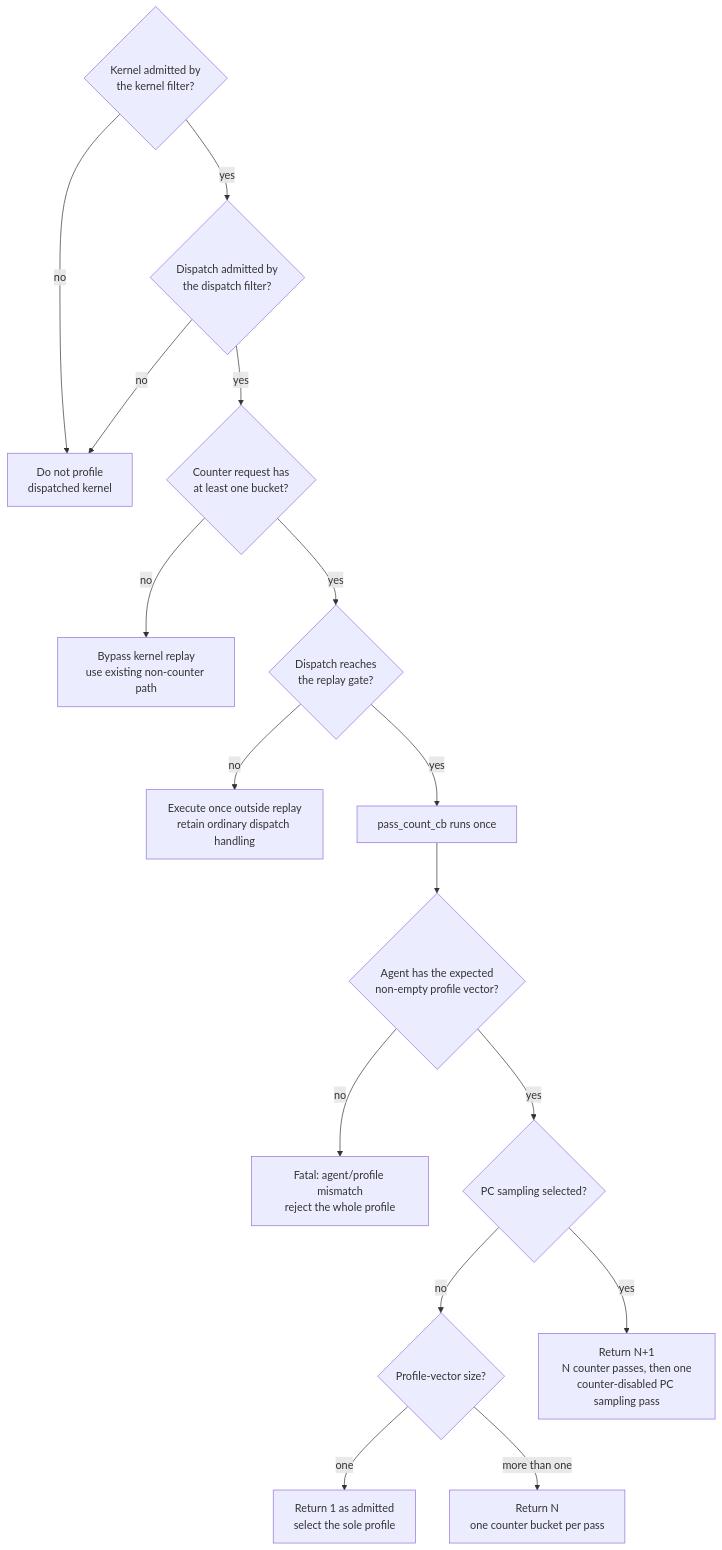
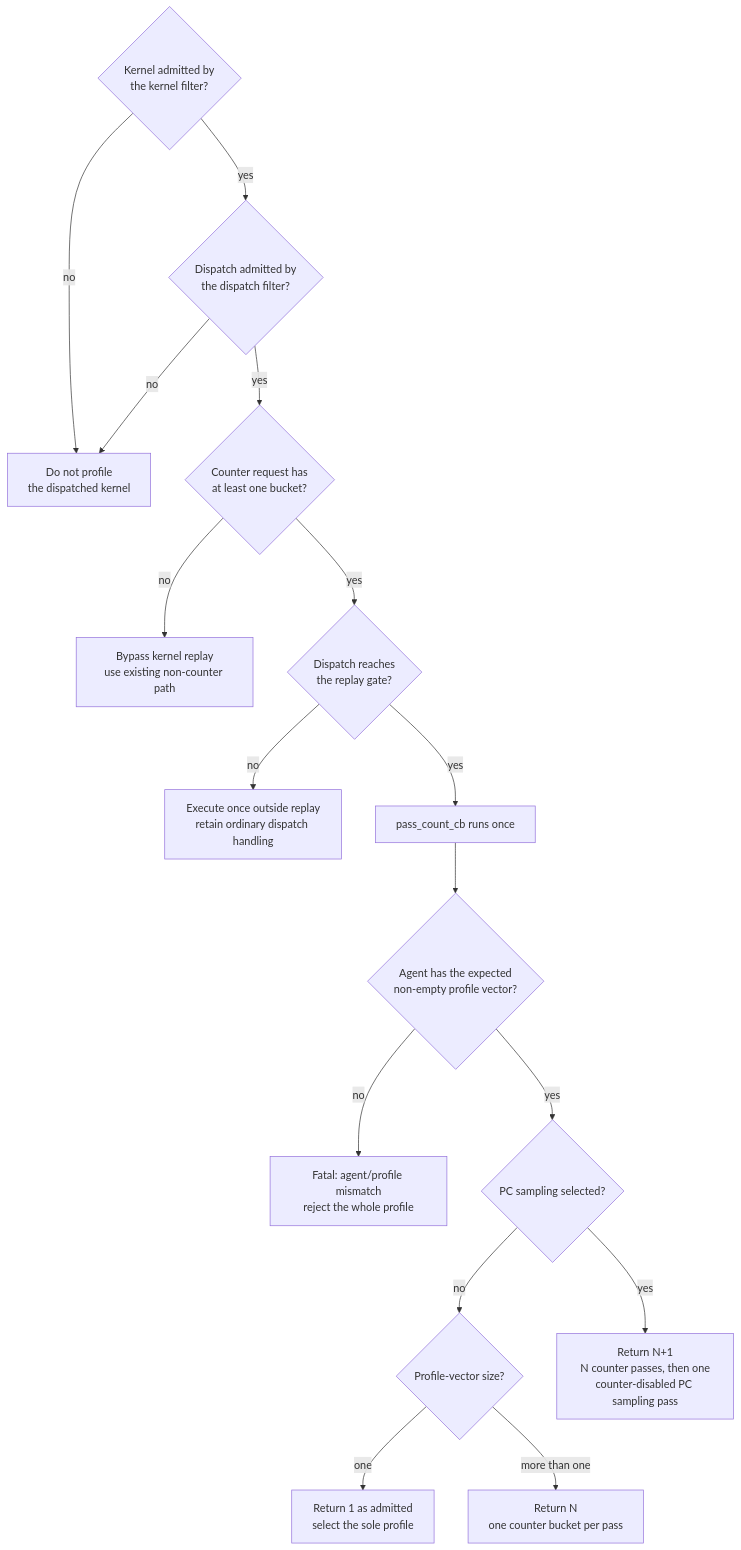
The fifth of 5 diagrams in projects/rocprofiler-compute/docs/design/hld-kernel-replay.md (ROCm/rocm-systems), drawn with Mermaid before and after one commit. The commit also changed other lines of this file, not shown here.

Commit message:
Fix requirement numbering and grammar in kernel replay design

````diff
--- a/projects/rocprofiler-compute/docs/design/hld-kernel-replay.md
+++ b/projects/rocprofiler-compute/docs/design/hld-kernel-replay.md
@@ -295,33 +295,33 @@
 ```mermaid
 flowchart TD
     Kernel{"Kernel admitted by<br/>the kernel filter?"}
     Range{"Dispatch admitted by<br/>the dispatch filter?"}
-    Filtered["Do not profile <br/> dispatched kernel"]
+    Filtered["Do not profile<br/>the dispatched kernel"]
     Request{"Counter request has<br/>at least one bucket?"}
     Zero["Bypass kernel replay<br/>use existing non-counter path"]
     Gate{"Dispatch reaches<br/>the replay gate?"}
     Ordinary["Execute once outside replay<br/>retain ordinary dispatch handling"]
     Start["pass_count_cb runs once"]
     Vector{"Agent has the expected<br/>non-empty profile vector?"}
     Fatal["Fatal: agent/profile mismatch<br/>reject the whole profile"]
     Size{"Profile-vector size?"}
     Single["Return 1 as admitted<br/>select the sole profile"]
     PC{"PC sampling selected?"}
     N["Return N<br/>one counter bucket per pass"]
     NPlus["Return N+1<br/>N counter passes, then one<br/>counter-disabled PC sampling pass"]
 
     Kernel -- no --> Filtered
     Kernel -- yes --> Range
     Range -- no --> Filtered
     Range -- yes --> Request
     Request -- no --> Zero
     Request -- yes --> Gate
     Gate -- no --> Ordinary
     Gate -- yes --> Start --> Vector
     Vector -- no --> Fatal
     Vector -- yes --> PC
     PC -- yes --> NPlus
     PC -- no --> Size
     Size -- one --> Single
     Size -- more than one --> N
 ```
````
